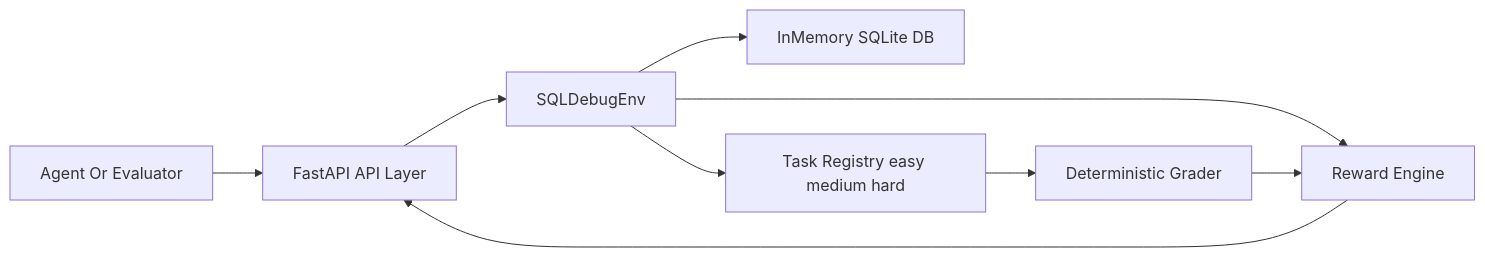
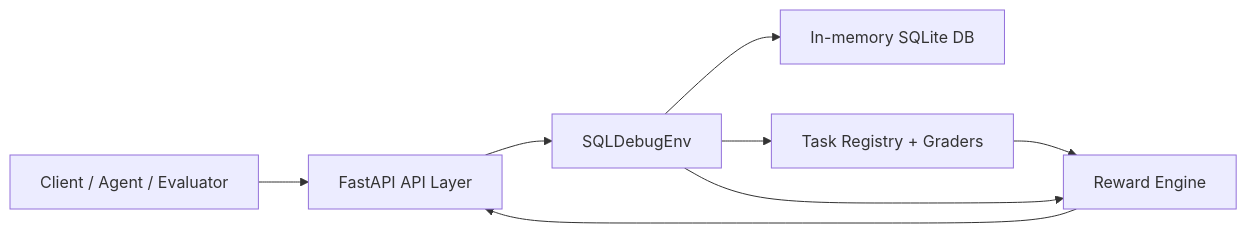
The diagram in README.md (mdayan8/sql-debug-env), drawn with Mermaid before and after one commit. The commit also changed other lines of this file and 1 other file, not shown here.

````diff
--- a/README.md
+++ b/README.md
@@ -66,11 +83,10 @@
 ```mermaid
 flowchart LR
-    agent[Agent Or Evaluator] --> api[FastAPI API Layer]
+    agent[Client / Agent / Evaluator] --> api[FastAPI API Layer]
     api --> env[SQLDebugEnv]
-    env --> db[InMemory SQLite DB]
-    env --> tasks[Task Registry easy medium hard]
-    tasks --> grader[Deterministic Grader]
-    env --> reward[Reward Engine]
-    grader --> reward
+    env --> db[In-memory SQLite DB]
+    env --> tasks[Task Registry + Graders]
+    tasks --> reward[Reward Engine]
+    env --> reward
     reward --> api
 ```
````
